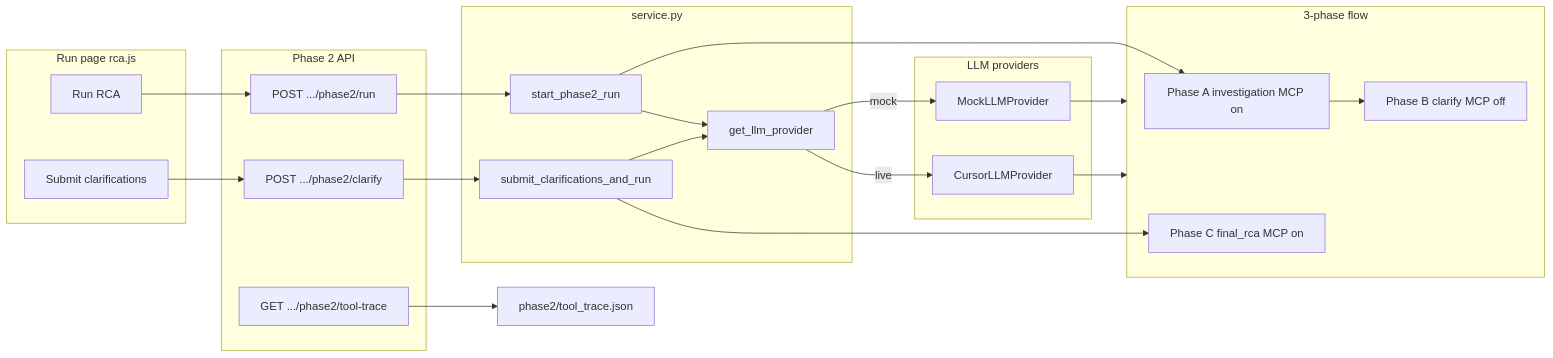
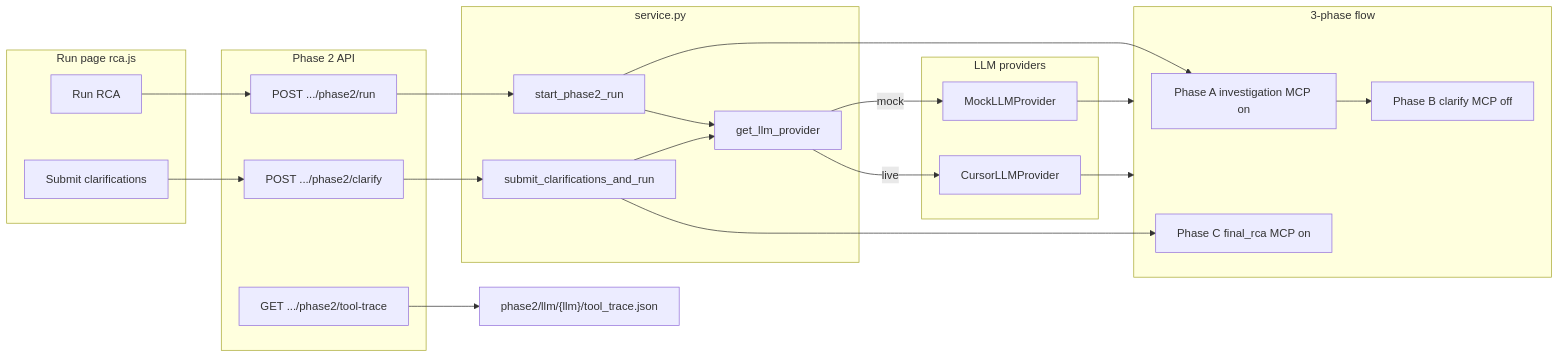
One commit to Prateek-Agarwal2006/Mongo-Debugger changed the fourth of 7 diagrams in docs/ARCHITECTURE.md. Above: the diagram before and after it, drawn with Mermaid. The commit also changed other lines of this file and 90 other files, not shown here.

First line of the commit message:
feat: Phase 3 chatbot, multi-LLM isolation, and frontend extraction

````diff
--- a/docs/ARCHITECTURE.md
+++ b/docs/ARCHITECTURE.md
@@ -171,40 +171,40 @@
 ```mermaid
 flowchart LR
   subgraph ui [Run page rca.js]
     RunBtn["Run RCA"]
     ClarifyBtn["Submit clarifications"]
   end
 
   subgraph api [Phase 2 API]
     P2Run["POST .../phase2/run"]
     P2Clarify["POST .../phase2/clarify"]
     P2Trace["GET .../phase2/tool-trace"]
   end
 
   subgraph service [service.py]
     Start["start_phase2_run"]
     Submit["submit_clarifications_and_run"]
     GetProvider["get_llm_provider"]
   end
 
   subgraph providers [LLM providers]
     Mock["MockLLMProvider"]
     Cursor["CursorLLMProvider"]
   end
 
   subgraph phases [3-phase flow]
     PhaseA["Phase A investigation MCP on"]
     PhaseB["Phase B clarify MCP off"]
     PhaseC["Phase C final_rca MCP on"]
   end
 
   RunBtn --> P2Run --> Start --> PhaseA --> PhaseB
   ClarifyBtn --> P2Clarify --> Submit --> PhaseC
   Start --> GetProvider
   Submit --> GetProvider
   GetProvider -->|mock| Mock
   GetProvider -->|live| Cursor
   Mock --> phases
   Cursor --> phases
-  P2Trace --> Phase2State["phase2/tool_trace.json"]
+  P2Trace --> Phase2State["phase2/llm/{llm}/tool_trace.json"]
 ```
````
